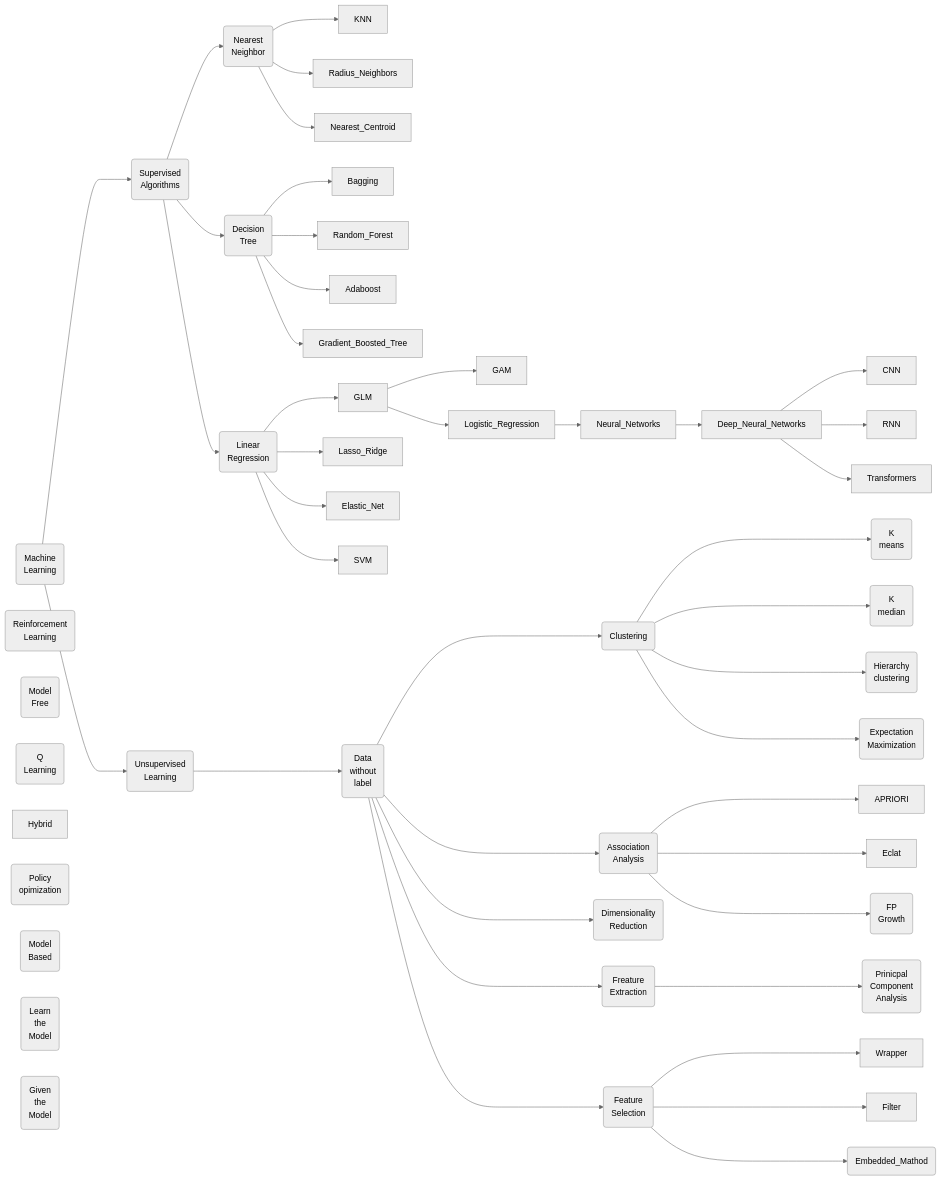
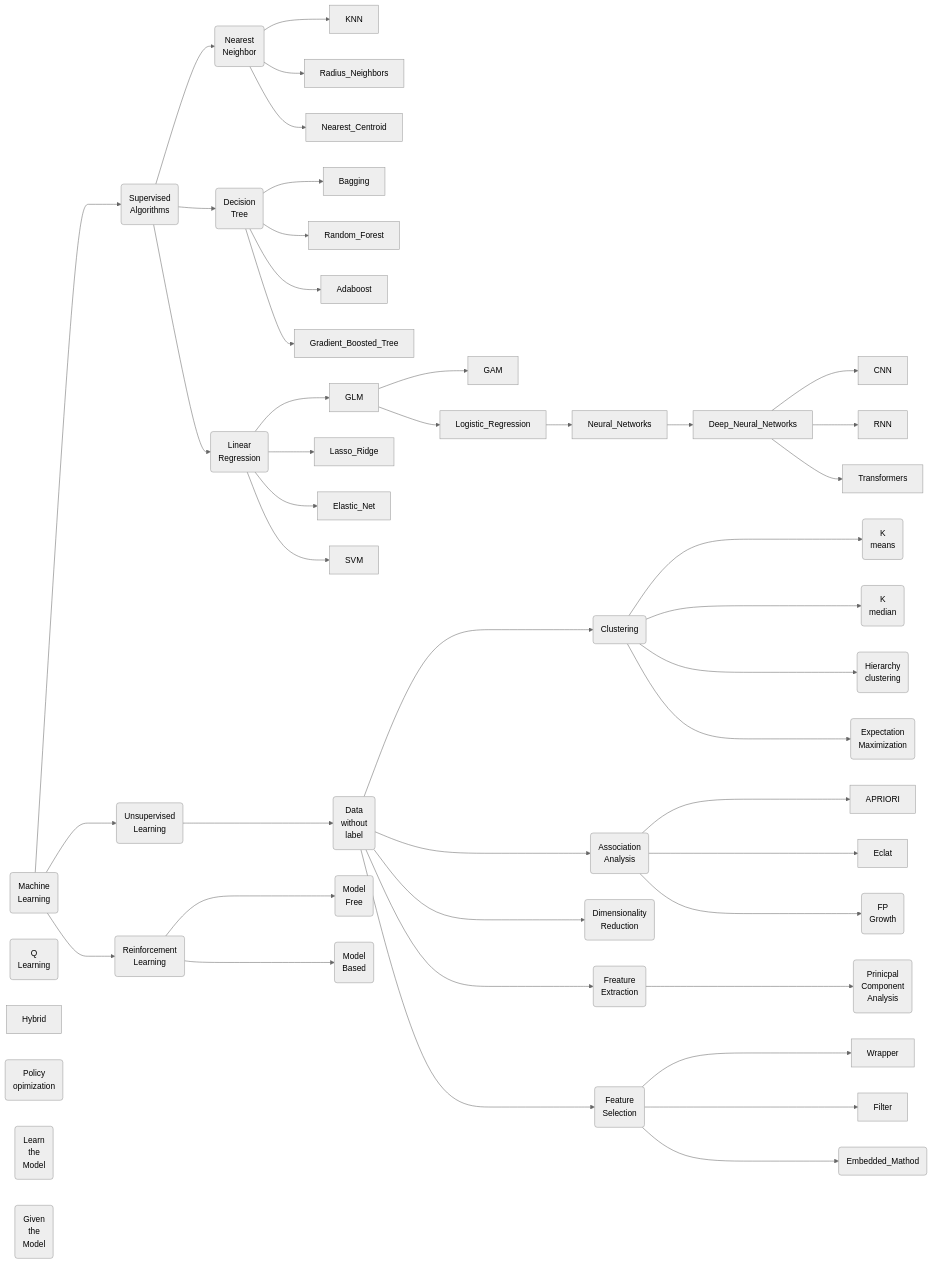
Before and after one commit to hwetsman/Public_Notes: the diagram in ML_Tree.md, drawn with Mermaid (neutral theme).

Commit message:
Refactor: link machine to reinforcement

`````diff
--- a/ML_Tree.md
+++ b/ML_Tree.md
@@ -1,80 +1,83 @@
 ````mermaid
 flowchart LR
   Machine_Learning(Machine<br>Learning)
   Supervised(Supervised<br>Algorithms)
     Supervised-->Nearest(Nearest<br>Neighbor)
       Machine_Learning--->Supervised
     Nearest --> KNN
     Nearest --> Radius_Neighbors
     Nearest --> Nearest_Centroid
     Supervised --> Decision(Decision<br>Tree)
     Decision --> Bagging
     Decision --> Random_Forest
     Decision --> Adaboost
     Decision --> Gradient_Boosted_Tree
     Supervised --> Linear(Linear<br>Regression)
     Linear --> GLM
     GLM --> GAM
     GLM --> Logistic_Regression
     Logistic_Regression --> Neural_Networks
     Neural_Networks --> Deep_Neural_Networks
     Deep_Neural_Networks --> CNN
     Deep_Neural_Networks --> RNN
     Deep_Neural_Networks --> Transformers
     Linear --> Lasso_Ridge
     Linear --> Elastic_Net
     Linear --> SVM
 
     Unsupervised(Unsupervised<br>Learning)
       Machine_Learning--->Unsupervised
         Data(Data<br>without<br>label)
         Unsupervised--->Data
 
         clustering(Clustering)
           Data--->clustering
           K_mean(K<br>means)
             clustering--->K_mean
           K_med(K<br>median)
             clustering--->K_med
           hierarchy(Hierarchy<br>clustering)
             clustering--->hierarchy
           Expectation(Expectation<br>Maximization)
             clustering--->Expectation
 
         Association(Association<br>Analysis)
           Data--->Association
           APRIORI
             Association--->APRIORI
           Eclat
             Association--->Eclat
           FP(FP<br>Growth)
             Association--->FP
 
         Dimension(Dimensionality<br>Reduction)
           Data--->Dimension
           Feature(Freature<br>Extraction)
             Data--->Feature
             PCA(Prinicpal<br>Component<br>Analysis)
               Feature--->PCA
           Selection(Feature<br>Selection)
             Data--->Selection
             Wrapper
               Selection--->Wrapper
             Filter
               Selection--->Filter
             Embedded(Embedded_Mathod)
               Selection--->Embedded
 
     Reinforcement(Reinforcement<br>Learning)
+      Machine_Learning--->Reinforcement
       Model(Model<br>Free)
+        Reinforcement--->Model
         Q(Q<br>Learning)
         Hybrid
         Policy(Policy<br>opimization)
       Based(Model<br>Based)
+        Reinforcement--->Based
         Learn(Learn<br>the<br>Model)
         Given(Given<br>the<br>Model)
       
 
 
 
 ````
`````
